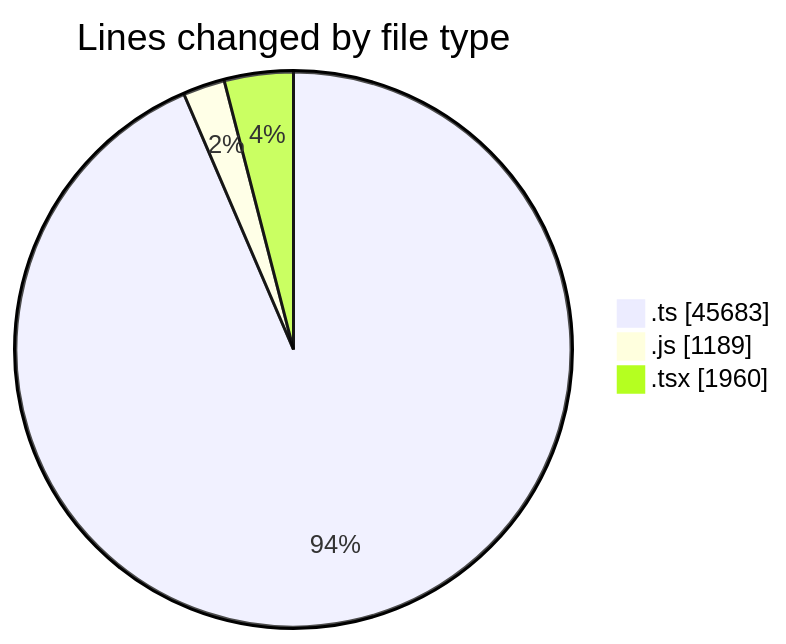
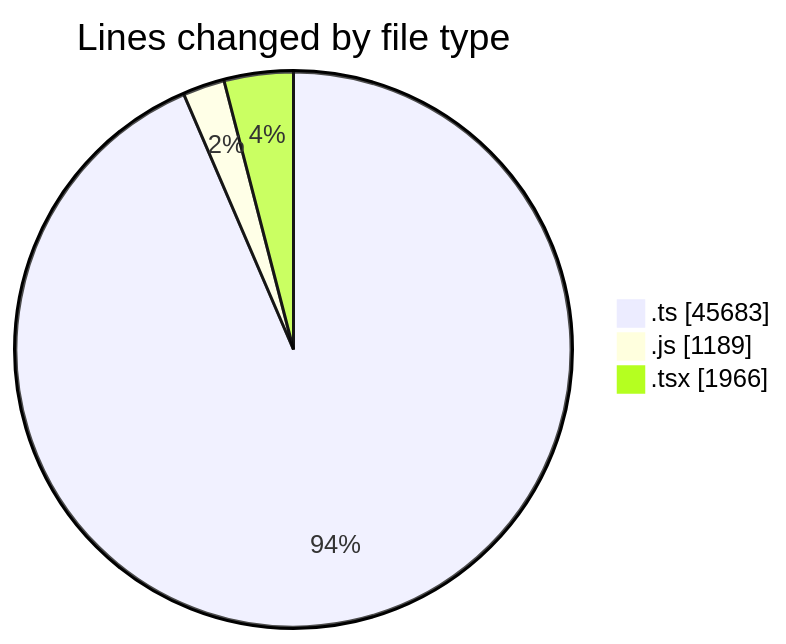
The first of 2 diagrams in 2026-11-03/cda/README.md (momahboobian/code-tracking), drawn with Mermaid before and after one commit. The commit also changed other lines of this file and 1 other file, not shown here.

````diff
--- a/2026-11-03/cda/README.md
+++ b/2026-11-03/cda/README.md
@@ -45,7 +45,7 @@
 ```mermaid
 pie showData
 title Lines changed by file type
 ".ts" : 45683
 ".js" : 1189
-".tsx" : 1960
+".tsx" : 1966
 ```
````
